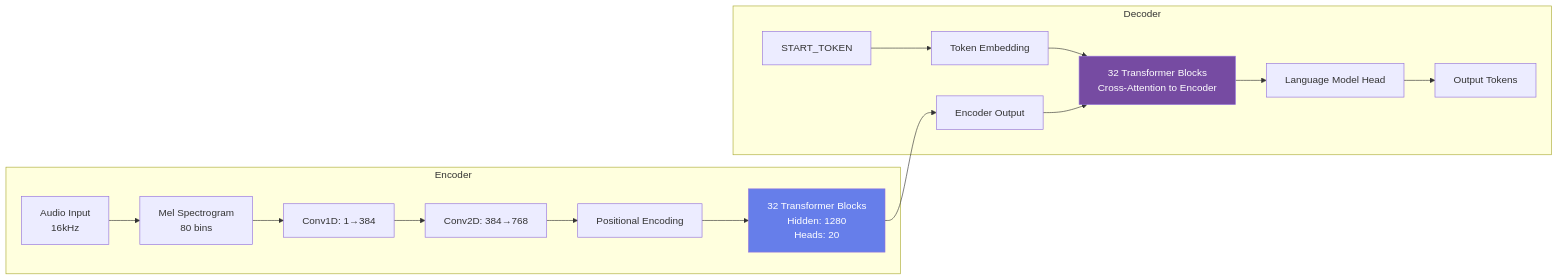
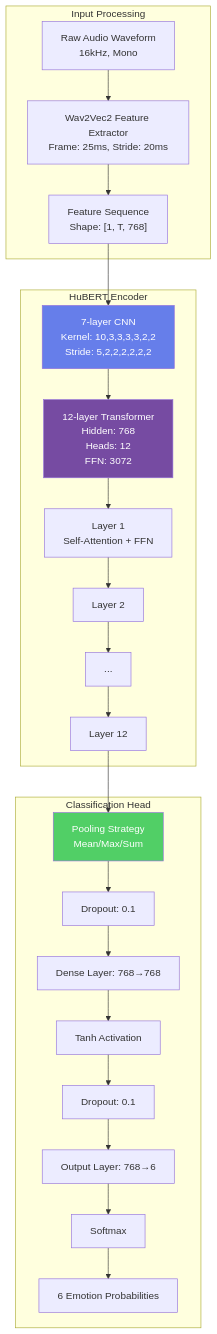
The ninth of 12 diagrams in docs/ARCHITECTURE.md (satyaki-mitra/HuBERT-Whisper-Based-Speech-Emotion-Analyzer), drawn with Mermaid before and after one commit.

````diff
--- a/docs/ARCHITECTURE.md
+++ b/docs/ARCHITECTURE.md
@@ -430,22 +430,33 @@
 ```mermaid
-graph LR
-    subgraph "Encoder"
-        Audio[Audio Input<br/>16kHz] --> MelSpec[Mel Spectrogram<br/>80 bins]
-        MelSpec --> Conv1[Conv1D: 1→384]
-        Conv1 --> Conv2[Conv2D: 384→768]
-        Conv2 --> PE[Positional Encoding]
-        PE --> EncBlocks[32 Transformer Blocks<br/>Hidden: 1280<br/>Heads: 20]
+graph TB
+    subgraph "Input Processing"
+        Audio[Raw Audio Waveform<br/>16kHz, Mono]
+        Audio --> FeatureExtractor[Wav2Vec2 Feature Extractor<br/>Frame: 25ms, Stride: 20ms]
+        FeatureExtractor --> Features["Feature Sequence<br/>Shape: [1, T, 768]"]
     end
     
-    subgraph "Decoder"
-        EncBlocks --> Context[Encoder Output]
-        StartToken["START_TOKEN"] --> DecEmbed[Token Embedding]
-        DecEmbed --> DecBlocks[32 Transformer Blocks<br/>Cross-Attention to Encoder]
-        Context --> DecBlocks
-        DecBlocks --> LM[Language Model Head]
-        LM --> Tokens[Output Tokens]
+    subgraph "HuBERT Encoder"
+        Features --> CNN[7-layer CNN<br/>Kernel: 10,3,3,3,3,2,2<br/>Stride: 5,2,2,2,2,2,2]
+        CNN --> Transformer[12-layer Transformer<br/>Hidden: 768<br/>Heads: 12<br/>FFN: 3072]
+        
+        Transformer --> Layer1[Layer 1<br/>Self-Attention + FFN]
+        Layer1 --> Layer2[Layer 2]
+        Layer2 --> Layer3[...]
+        Layer3 --> Layer12[Layer 12]
     end
     
-    style EncBlocks fill:#667eea,color:#fff
-    style DecBlocks fill:#764ba2,color:#fff
+    subgraph "Classification Head"
+        Layer12 --> Pooling[Pooling Strategy<br/>Mean/Max/Sum]
+        Pooling --> Dropout[Dropout: 0.1]
+        Dropout --> Dense[Dense Layer: 768→768]
+        Dense --> Tanh[Tanh Activation]
+        Tanh --> Dropout2[Dropout: 0.1]
+        Dropout2 --> Output[Output Layer: 768→6]
+        Output --> Softmax[Softmax]
+        Softmax --> Emotions[6 Emotion Probabilities]
+    end
+    
+    style CNN fill:#667eea,color:#fff
+    style Transformer fill:#764ba2,color:#fff
+    style Pooling fill:#51cf66,color:#fff
 ```
````
